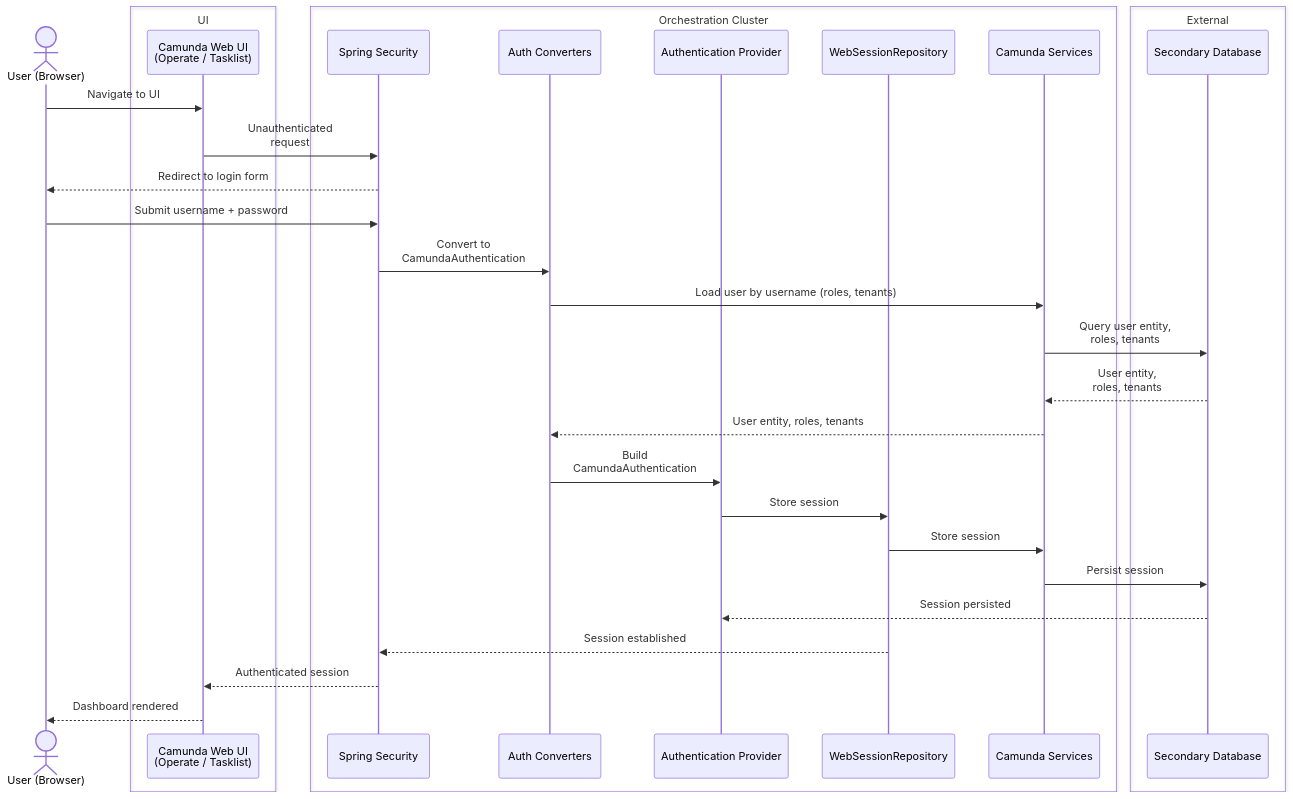
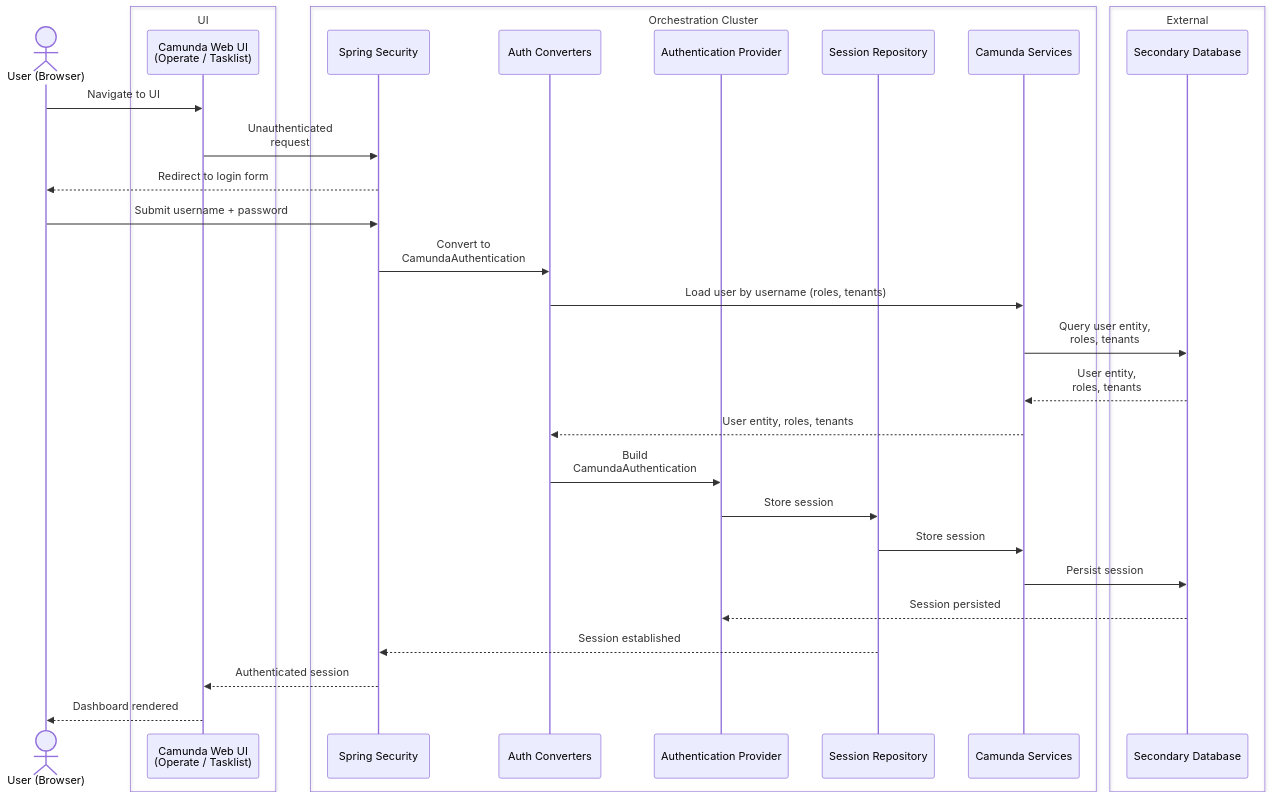
The eighth of 17 diagrams in identity/docs/architecture.md (camunda/camunda), drawn with Mermaid before and after one commit. The commit also changed other lines of this file and 3 other files, not shown here.

````diff
--- a/identity/docs/architecture.md
+++ b/identity/docs/architecture.md
@@ -508,35 +514,35 @@
 ```mermaid
 sequenceDiagram
   actor USER as User (Browser)
   box UI
     participant UI as Camunda Web UI<br/>(Operate / Tasklist)
   end
   box Orchestration Cluster
     participant SPRING_SECURITY as Spring Security
     participant AUTH_CONVERTERS as Auth Converters
     participant AUTHN_PROVIDER as Authentication Provider
-    participant SESSION as WebSessionRepository
+    participant SESSION as Session Repository
     participant CAMUNDA_SERVICES as Camunda Services
   end
   box External
     participant SECONDARY_DB as Secondary Database
   end
 
   USER->>UI: Navigate to UI
   UI->>SPRING_SECURITY: Unauthenticated <br>request
   SPRING_SECURITY-->>USER: Redirect to login form
   USER->>SPRING_SECURITY: Submit username + password
   SPRING_SECURITY->>AUTH_CONVERTERS: Convert to <br>CamundaAuthentication
   AUTH_CONVERTERS->>CAMUNDA_SERVICES: Load user by username (roles, tenants)
   CAMUNDA_SERVICES->>SECONDARY_DB: Query user entity,<br> roles, tenants
   SECONDARY_DB-->>CAMUNDA_SERVICES: User entity,<br> roles, tenants
   CAMUNDA_SERVICES-->>AUTH_CONVERTERS: User entity, roles, tenants
   AUTH_CONVERTERS->>AUTHN_PROVIDER: Build <br>CamundaAuthentication
   AUTHN_PROVIDER->>SESSION: Store session
   SESSION->>CAMUNDA_SERVICES: Store session
   CAMUNDA_SERVICES->>SECONDARY_DB: Persist session
   SECONDARY_DB-->>AUTHN_PROVIDER: Session persisted
   SESSION-->>SPRING_SECURITY: Session established
   SPRING_SECURITY-->>UI: Authenticated session
   UI-->>USER: Dashboard rendered
 ```
````
